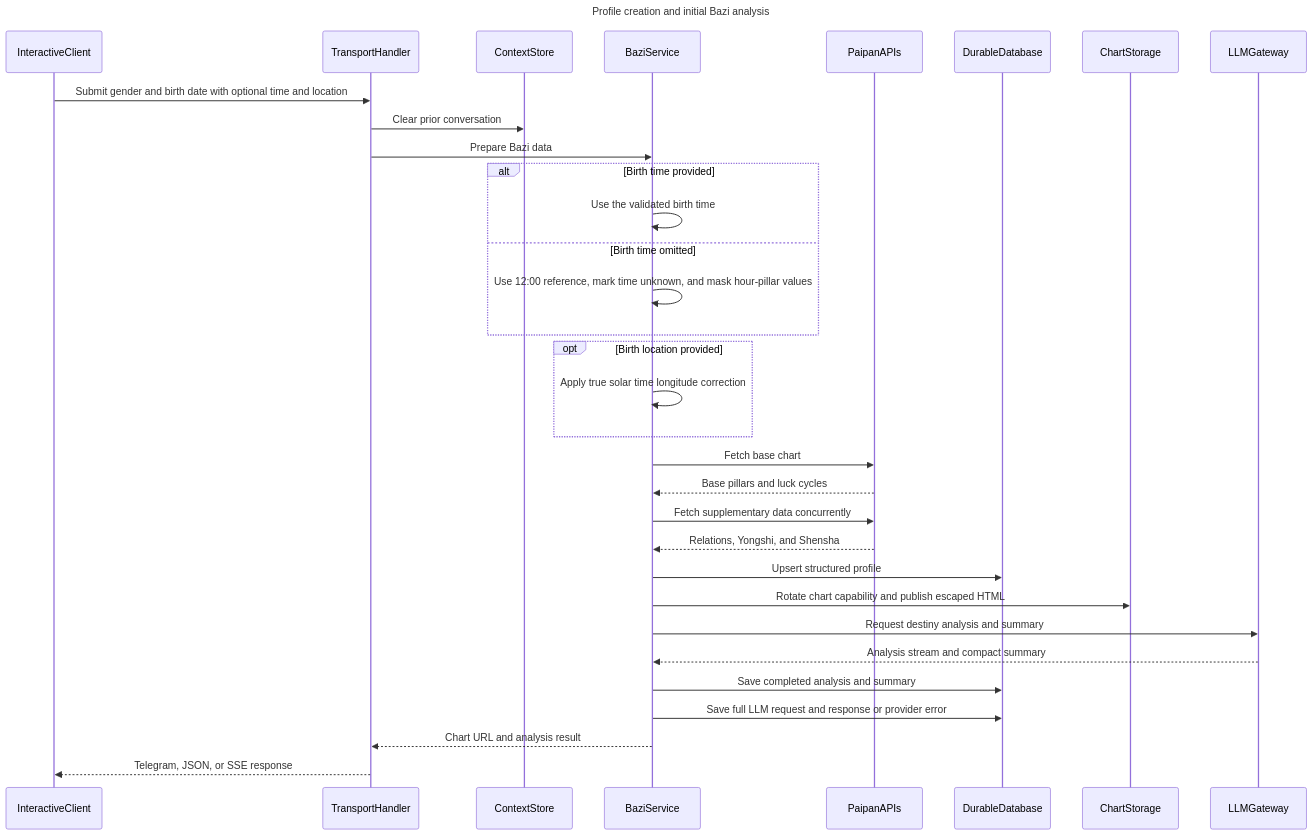
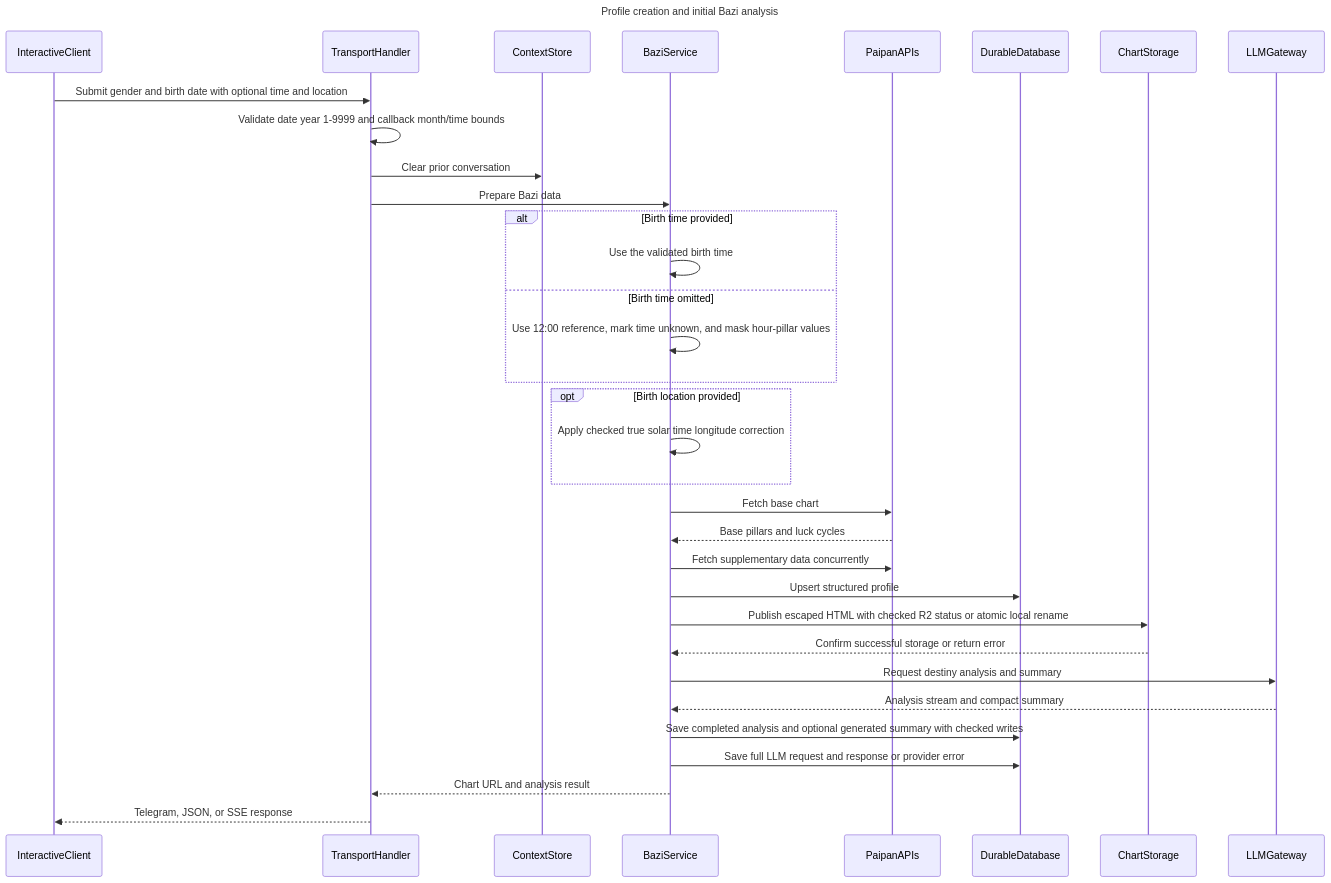
Before and after one commit to henius98/BaziFlowAgent: the second of 6 diagrams in docs/project-flow-sequence.md, drawn with Mermaid. The commit also changed other lines of this file and 71 other files, not shown here.

````diff
--- a/docs/project-flow-sequence.md
+++ b/docs/project-flow-sequence.md
@@ -46,36 +50,37 @@
 ```mermaid
 sequenceDiagram
     title Profile creation and initial Bazi analysis
     participant InteractiveClient
     participant TransportHandler
     participant ContextStore
     participant BaziService
     participant PaipanAPIs
     participant DurableDatabase
     participant ChartStorage
     participant LLMGateway
 
     InteractiveClient->>TransportHandler: Submit gender and birth date with optional time and location
+    TransportHandler->>TransportHandler: Validate date year 1-9999 and callback month/time bounds
     TransportHandler->>ContextStore: Clear prior conversation
     TransportHandler->>BaziService: Prepare Bazi data
     alt Birth time provided
         BaziService->>BaziService: Use the validated birth time
     else Birth time omitted
         BaziService->>BaziService: Use 12:00 reference, mark time unknown, and mask hour-pillar values
     end
     opt Birth location provided
-        BaziService->>BaziService: Apply true solar time longitude correction
+        BaziService->>BaziService: Apply checked true solar time longitude correction
     end
     BaziService->>PaipanAPIs: Fetch base chart
     PaipanAPIs-->>BaziService: Base pillars and luck cycles
     BaziService->>PaipanAPIs: Fetch supplementary data concurrently
-    PaipanAPIs-->>BaziService: Relations, Yongshi, and Shensha
     BaziService->>DurableDatabase: Upsert structured profile
-    BaziService->>ChartStorage: Rotate chart capability and publish escaped HTML
+    BaziService->>ChartStorage: Publish escaped HTML with checked R2 status or atomic local rename
+    ChartStorage-->>BaziService: Confirm successful storage or return error
     BaziService->>LLMGateway: Request destiny analysis and summary
     LLMGateway-->>BaziService: Analysis stream and compact summary
-    BaziService->>DurableDatabase: Save completed analysis and summary
+    BaziService->>DurableDatabase: Save completed analysis and optional generated summary with checked writes
     BaziService->>DurableDatabase: Save full LLM request and response or provider error
     BaziService-->>TransportHandler: Chart URL and analysis result
     TransportHandler-->>InteractiveClient: Telegram, JSON, or SSE response
 ```
````
